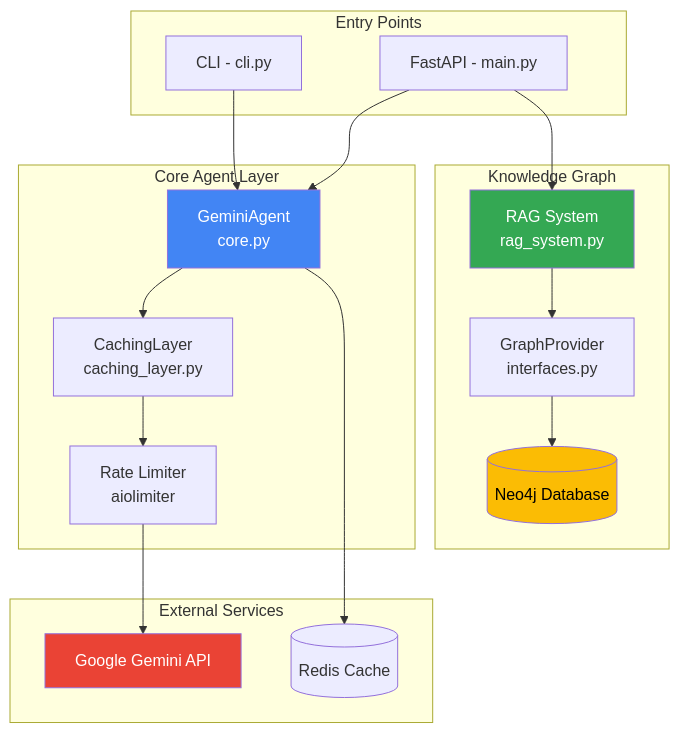
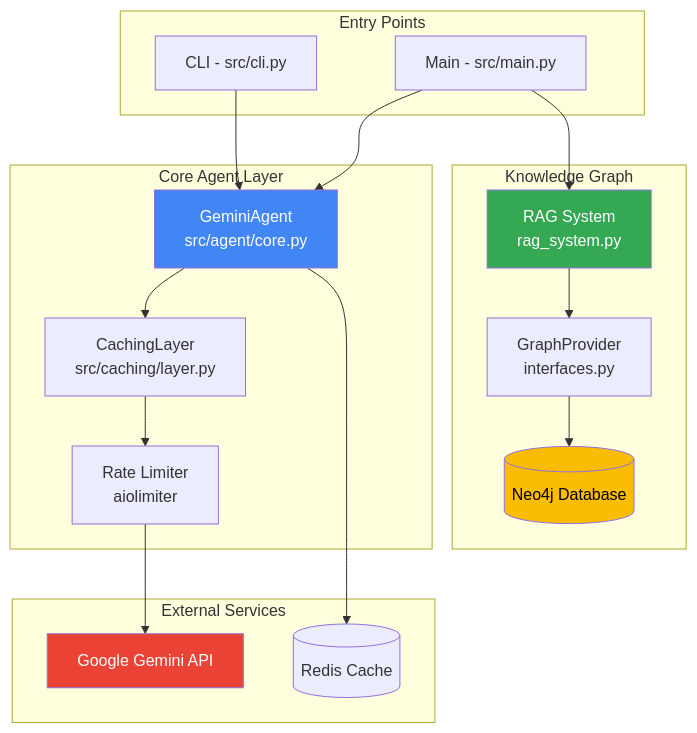
One commit to hamtoy/Test changed the diagram in docs/architecture/system_architecture.md. Above: the diagram before and after it, drawn with Mermaid.

Commit message:
Changes before error encountered

````diff
--- a/docs/architecture/system_architecture.md
+++ b/docs/architecture/system_architecture.md
@@ -3,42 +3,42 @@
 ```mermaid
 graph TB
     subgraph "Entry Points"
-        CLI[CLI - cli.py]
-        API[FastAPI - main.py]
+        CLI[CLI - src/cli.py]
+        Main[Main - src/main.py]
     end
     
     subgraph "Core Agent Layer"
-        Agent[GeminiAgent<br/>core.py]
-        Cache[CachingLayer<br/>caching_layer.py]
+        Agent[GeminiAgent<br/>src/agent/core.py]
+        Cache[CachingLayer<br/>src/caching/layer.py]
         RateLimit[Rate Limiter<br/>aiolimiter]
     end
     
     subgraph "Knowledge Graph"
         RAG[RAG System<br/>rag_system.py]
         Neo4j[(Neo4j Database)]
         GraphProvider[GraphProvider<br/>interfaces.py]
     end
     
     subgraph "External Services"
         Gemini[Google Gemini API]
         Redis[(Redis Cache)]
     end
     
     CLI --> Agent
-    API --> Agent
-    API --> RAG
+    Main --> Agent
+    Main --> RAG
     
     Agent --> Cache
     Cache --> RateLimit
     RateLimit --> Gemini
     
     Agent --> Redis
     
     RAG --> GraphProvider
     GraphProvider --> Neo4j
     
     style Agent fill:#4285f4,color:#fff
     style RAG fill:#34a853,color:#fff
     style Gemini fill:#ea4335,color:#fff
     style Neo4j fill:#fbbc04,color:#000
 ```
````
